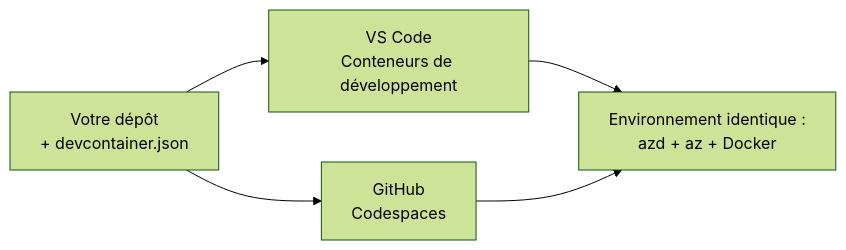
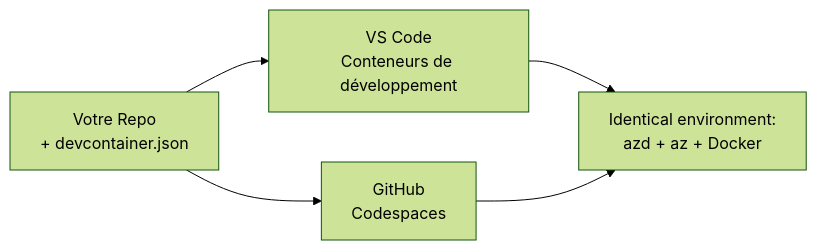
Before and after one commit to microsoft/AZD-for-beginners: the diagram in translations/fr/docs/chapter-01-foundation/dev-containers.md, drawn with Mermaid (forest theme). The commit also changed other lines of this file and 61 other files, not shown here.

````diff
--- a/translations/fr/docs/chapter-01-foundation/dev-containers.md
+++ b/translations/fr/docs/chapter-01-foundation/dev-containers.md
@@ -41,7 +41,7 @@
 ```mermaid
 graph LR
-    Repo[Votre dépôt<br/>+ devcontainer.json] --> VSCode[VS Code<br/>Conteneurs de développement]
+    Repo[Votre Repo<br/>+ devcontainer.json] --> VSCode[VS Code<br/>Conteneurs de développement]
     Repo --> Codespaces[GitHub<br/>Codespaces]
-    VSCode --> Env[Environnement identique :<br/>azd + az + Docker]
+    VSCode --> Env[Identical environment:<br/>azd + az + Docker]
     Codespaces --> Env
 ```
````
